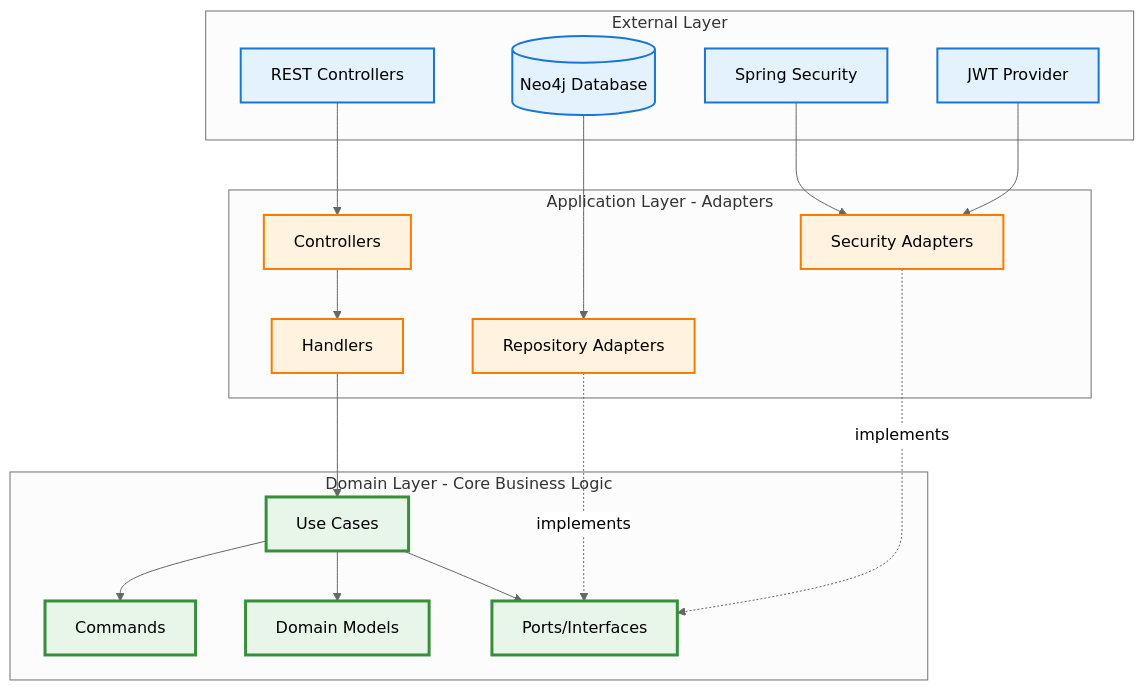
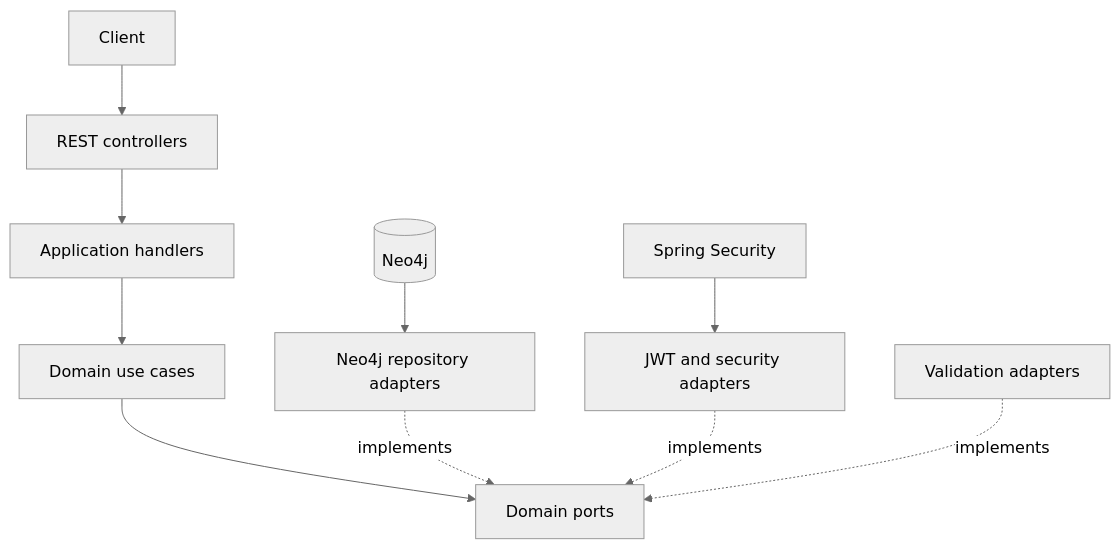
Before and after one commit to Luca5Eckert/vinculo: the second of 2 diagrams in README.md, drawn with Mermaid (neutral theme). The commit also changed other lines of this file, not shown here.

Commit message:
replace unverified scale claims with evidence-based graph domain case study

````diff
--- a/README.md
+++ b/README.md
@@ -159,43 +51,14 @@
 ```mermaid
-graph TB
-    subgraph "External Layer"
-        REST[REST Controllers]
-        DB[(Neo4j Database)]
-        SEC[Spring Security]
-        JWT[JWT Provider]
-    end
-    
-    subgraph "Application Layer - Adapters"
-        CTRL[Controllers]
-        HANDLER[Handlers]
-        REPO_IMPL[Repository Adapters]
-        SEC_ADAPTER[Security Adapters]
-    end
-    
-    subgraph "Domain Layer - Core Business Logic"
-        UC[Use Cases]
-        CMD[Commands]
-        MODEL[Domain Models]
-        PORT[Ports/Interfaces]
-    end
-    
-    REST --> CTRL
-    CTRL --> HANDLER
-    HANDLER --> UC
-    UC --> CMD
-    UC --> PORT
-    REPO_IMPL -.implements.-> PORT
-    SEC_ADAPTER -.implements.-> PORT
-    DB --> REPO_IMPL
-    SEC --> SEC_ADAPTER
-    JWT --> SEC_ADAPTER
-    UC --> MODEL
-    
-    classDef external fill:#e3f2fd,stroke:#1976d2,stroke-width:2px
-    classDef adapter fill:#fff3e0,stroke:#f57c00,stroke-width:2px
-    classDef domain fill:#e8f5e9,stroke:#388e3c,stroke-width:3px
-    
-    class REST,DB,SEC,JWT external
-    class CTRL,HANDLER,REPO_IMPL,SEC_ADAPTER adapter
-    class UC,CMD,MODEL,PORT domain
+flowchart TB
+    Client[Client] --> Controllers[REST controllers]
+    Controllers --> Handlers[Application handlers]
+    Handlers --> UseCases[Domain use cases]
+    UseCases --> Ports[Domain ports]
+
+    NeoAdapter[Neo4j repository adapters] -.implements.-> Ports
+    SecurityAdapter[JWT and security adapters] -.implements.-> Ports
+    ValidationAdapter[Validation adapters] -.implements.-> Ports
+
+    Neo[(Neo4j)] --> NeoAdapter
+    SpringSecurity[Spring Security] --> SecurityAdapter
 ```
````
